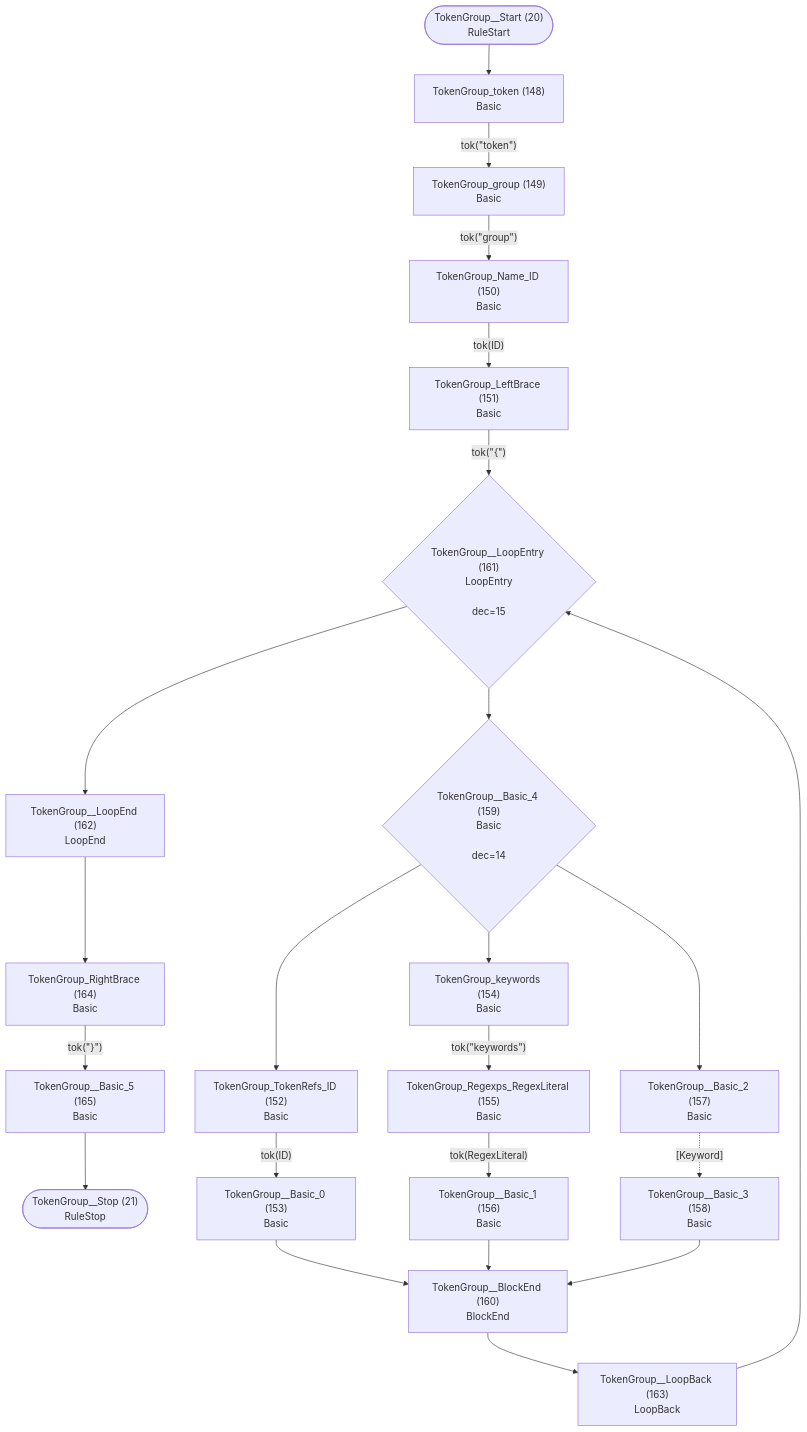
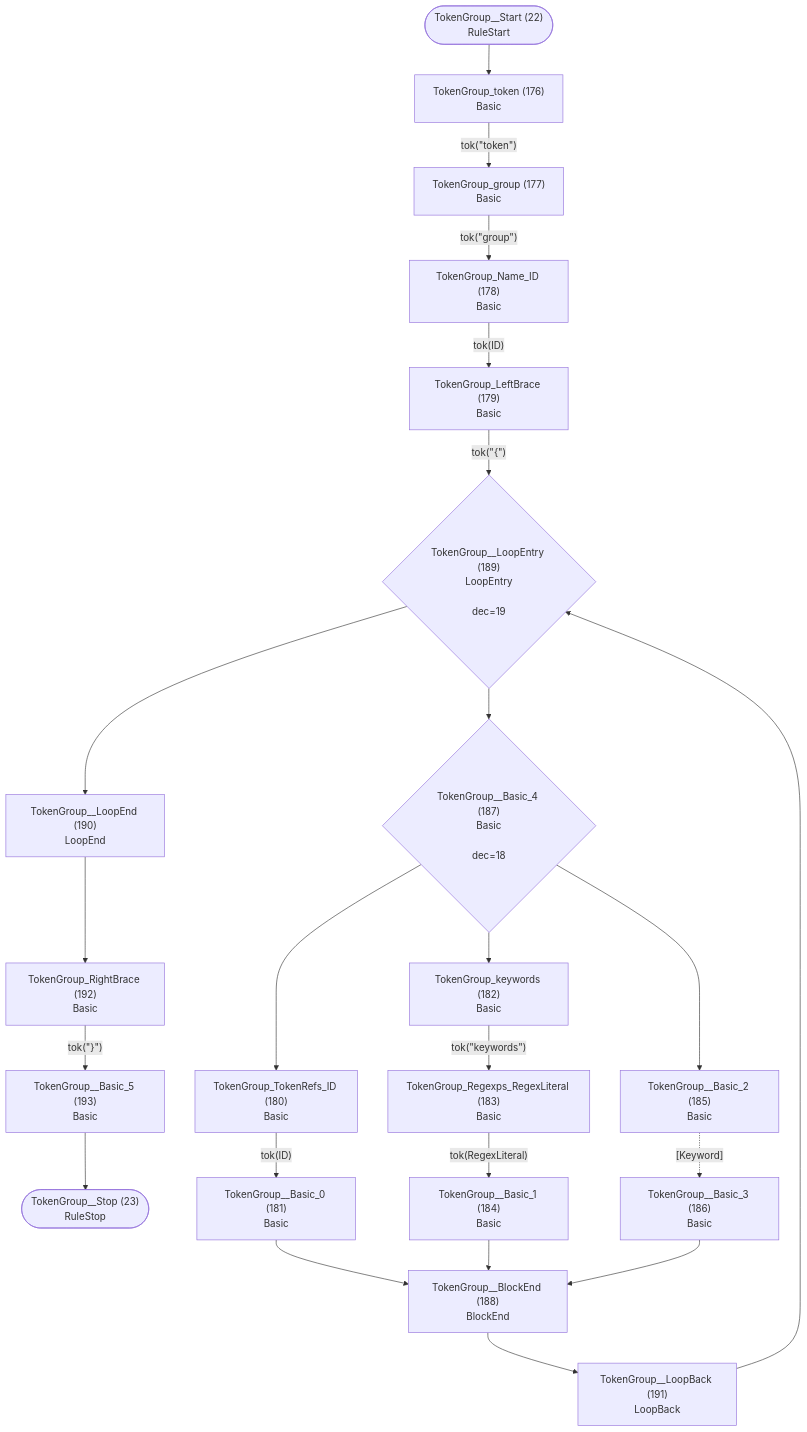
Before and after one commit to TypeFox/fastbelt: diagram 12 of 28 in internal/grammar/atn.md, drawn with Mermaid. The commit also changed other lines of this file and 8 other files, not shown here.

````diff
--- a/internal/grammar/atn.md
+++ b/internal/grammar/atn.md
@@ -317,46 +381,46 @@
 ```mermaid
 flowchart TD
-    q20(["TokenGroup__Start (20)<br/>RuleStart"])
-    q21(["TokenGroup__Stop (21)<br/>RuleStop"])
-    q148["TokenGroup_token (148)<br/>Basic<br/>"]
-    q149["TokenGroup_group (149)<br/>Basic<br/>"]
-    q150["TokenGroup_Name_ID (150)<br/>Basic<br/>"]
-    q151["TokenGroup_LeftBrace (151)<br/>Basic<br/>"]
-    q152["TokenGroup_TokenRefs_ID (152)<br/>Basic<br/>"]
-    q153["TokenGroup__Basic_0 (153)<br/>Basic<br/>"]
-    q154["TokenGroup_keywords (154)<br/>Basic<br/>"]
-    q155["TokenGroup_Regexps_RegexLiteral (155)<br/>Basic<br/>"]
-    q156["TokenGroup__Basic_1 (156)<br/>Basic<br/>"]
-    q157["TokenGroup__Basic_2 (157)<br/>Basic<br/>"]
-    q158["TokenGroup__Basic_3 (158)<br/>Basic<br/>"]
-    q159{"TokenGroup__Basic_4 (159)<br/>Basic<br/><br/>dec=14"}
-    q160["TokenGroup__BlockEnd (160)<br/>BlockEnd<br/>"]
-    q161{"TokenGroup__LoopEntry (161)<br/>LoopEntry<br/><br/>dec=15"}
-    q162["TokenGroup__LoopEnd (162)<br/>LoopEnd<br/>"]
-    q163["TokenGroup__LoopBack (163)<br/>LoopBack<br/>"]
-    q164["TokenGroup_RightBrace (164)<br/>Basic<br/>"]
-    q165["TokenGroup__Basic_5 (165)<br/>Basic<br/>"]
+    q22(["TokenGroup__Start (22)<br/>RuleStart"])
+    q23(["TokenGroup__Stop (23)<br/>RuleStop"])
+    q176["TokenGroup_token (176)<br/>Basic<br/>"]
+    q177["TokenGroup_group (177)<br/>Basic<br/>"]
+    q178["TokenGroup_Name_ID (178)<br/>Basic<br/>"]
+    q179["TokenGroup_LeftBrace (179)<br/>Basic<br/>"]
+    q180["TokenGroup_TokenRefs_ID (180)<br/>Basic<br/>"]
+    q181["TokenGroup__Basic_0 (181)<br/>Basic<br/>"]
+    q182["TokenGroup_keywords (182)<br/>Basic<br/>"]
+    q183["TokenGroup_Regexps_RegexLiteral (183)<br/>Basic<br/>"]
+    q184["TokenGroup__Basic_1 (184)<br/>Basic<br/>"]
+    q185["TokenGroup__Basic_2 (185)<br/>Basic<br/>"]
+    q186["TokenGroup__Basic_3 (186)<br/>Basic<br/>"]
+    q187{"TokenGroup__Basic_4 (187)<br/>Basic<br/><br/>dec=18"}
+    q188["TokenGroup__BlockEnd (188)<br/>BlockEnd<br/>"]
+    q189{"TokenGroup__LoopEntry (189)<br/>LoopEntry<br/><br/>dec=19"}
+    q190["TokenGroup__LoopEnd (190)<br/>LoopEnd<br/>"]
+    q191["TokenGroup__LoopBack (191)<br/>LoopBack<br/>"]
+    q192["TokenGroup_RightBrace (192)<br/>Basic<br/>"]
+    q193["TokenGroup__Basic_5 (193)<br/>Basic<br/>"]
 
-    q20 --> q148
-    q148 -->|"tok(&quot;token&quot;)"| q149
-    q149 -->|"tok(&quot;group&quot;)"| q150
-    q150 -->|"tok(ID)"| q151
-    q151 -->|"tok(&quot;{&quot;)"| q161
-    q152 -->|"tok(ID)"| q153
-    q153 --> q160
-    q154 -->|"tok(&quot;keywords&quot;)"| q155
-    q155 -->|"tok(RegexLiteral)"| q156
-    q156 --> q160
-    q157 -.->|"[Keyword]"| q158
-    q158 --> q160
-    q159 --> q152
-    q159 --> q154
-    q159 --> q157
-    q160 --> q163
-    q161 --> q159
-    q161 --> q162
-    q162 --> q164
-    q163 --> q161
-    q164 -->|"tok(&quot;}&quot;)"| q165
-    q165 --> q21
+    q22 --> q176
+    q176 -->|"tok(&quot;token&quot;)"| q177
+    q177 -->|"tok(&quot;group&quot;)"| q178
+    q178 -->|"tok(ID)"| q179
+    q179 -->|"tok(&quot;{&quot;)"| q189
+    q180 -->|"tok(ID)"| q181
+    q181 --> q188
+    q182 -->|"tok(&quot;keywords&quot;)"| q183
+    q183 -->|"tok(RegexLiteral)"| q184
+    q184 --> q188
+    q185 -.->|"[Keyword]"| q186
+    q186 --> q188
+    q187 --> q180
+    q187 --> q182
+    q187 --> q185
+    q188 --> q191
+    q189 --> q187
+    q189 --> q190
+    q190 --> q192
+    q191 --> q189
+    q192 -->|"tok(&quot;}&quot;)"| q193
+    q193 --> q23
 ```
````
